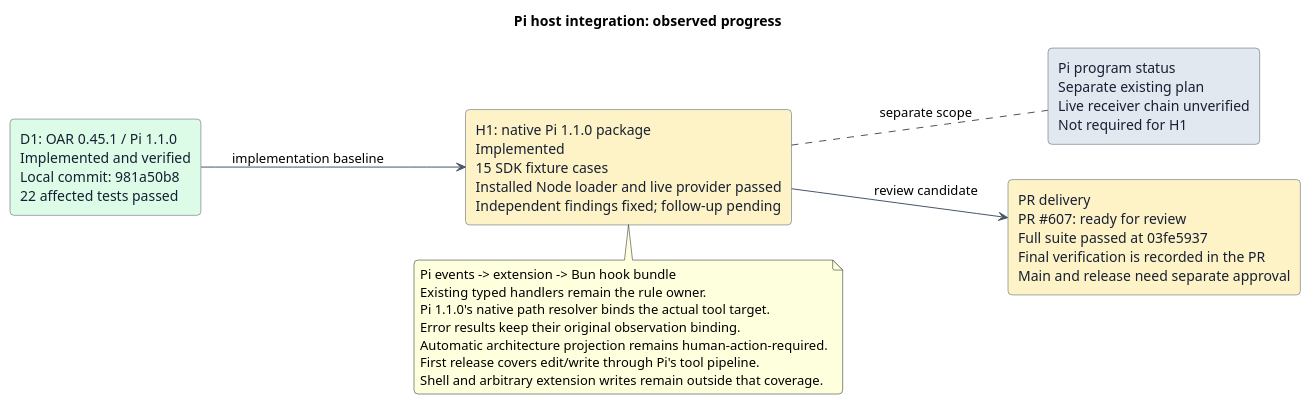
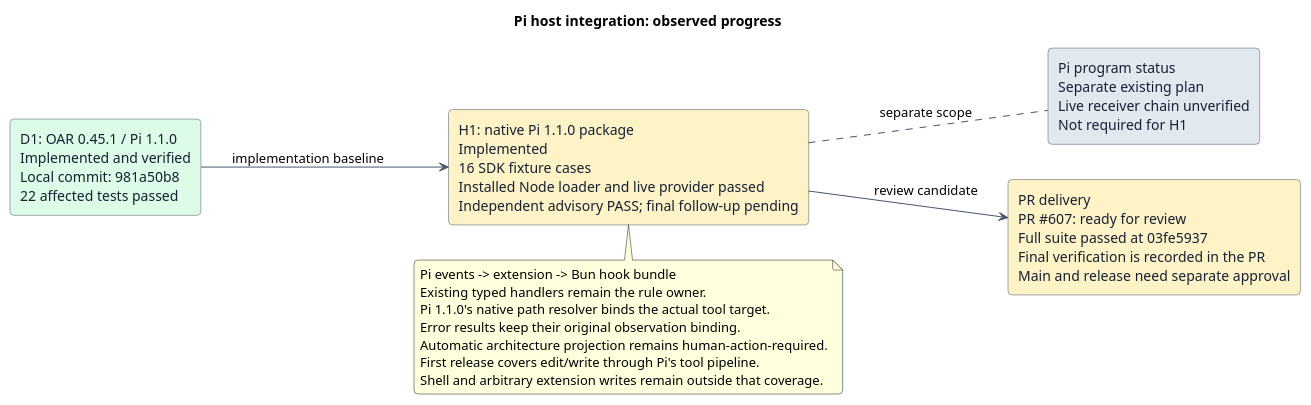
One commit to Ancienttwo/repo-harness changed the diagram in plans/plan-20261009-pi-host-integration.puml. Above: the diagram before and after it, drawn with PlantUML. The commit also changed 6 other files, not shown here.

```diff
--- a/plans/plan-20261009-pi-host-integration.puml
+++ b/plans/plan-20261009-pi-host-integration.puml
@@ -1,34 +1,34 @@
 @startuml
 ' Snapshot: 2026-10-09 Asia/Singapore
 ' Source base: 98c30ab6228b94f5e46c8cc3290de281eb0e4a99
 ' Dependency commit: 981a50b871f9b5238a7bca72d031e0927d397769
 skinparam shadowing false
 skinparam roundCorner 8
 skinparam defaultFontName SansSerif
 skinparam ArrowColor #475569
 skinparam rectangleBorderColor #475569
 skinparam rectangleFontColor #172033
 skinparam backgroundColor #FFFFFF
 left to right direction
 
 title Pi host integration: observed progress
 
 rectangle "D1: OAR 0.45.1 / Pi 1.1.0\nImplemented and verified\nLocal commit: 981a50b8\n22 affected tests passed" as deps #DCFCE7
-rectangle "H1: native Pi 1.1.0 package\nImplemented\n15 SDK fixture cases\nInstalled Node loader and live provider passed\nIndependent findings fixed; follow-up pending" as host #FEF3C7
+rectangle "H1: native Pi 1.1.0 package\nImplemented\n16 SDK fixture cases\nInstalled Node loader and live provider passed\nIndependent advisory PASS; final follow-up pending" as host #FEF3C7
 rectangle "Pi program status\nSeparate existing plan\nLive receiver chain unverified\nNot required for H1" as status #E2E8F0
 rectangle "PR delivery\nPR #607: ready for review\nFull suite passed at 03fe5937\nFinal verification is recorded in the PR\nMain and release need separate approval" as delivery #FEF3C7
 
 deps --> host : implementation baseline
 host --> delivery : review candidate
 host .. status : separate scope
 
 note bottom of host
   Pi events -> extension -> Bun hook bundle
   Existing typed handlers remain the rule owner.
   Pi 1.1.0's native path resolver binds the actual tool target.
   Error results keep their original observation binding.
   Automatic architecture projection remains human-action-required.
   First release covers edit/write through Pi's tool pipeline.
   Shell and arbitrary extension writes remain outside that coverage.
 end note
 @enduml
```
